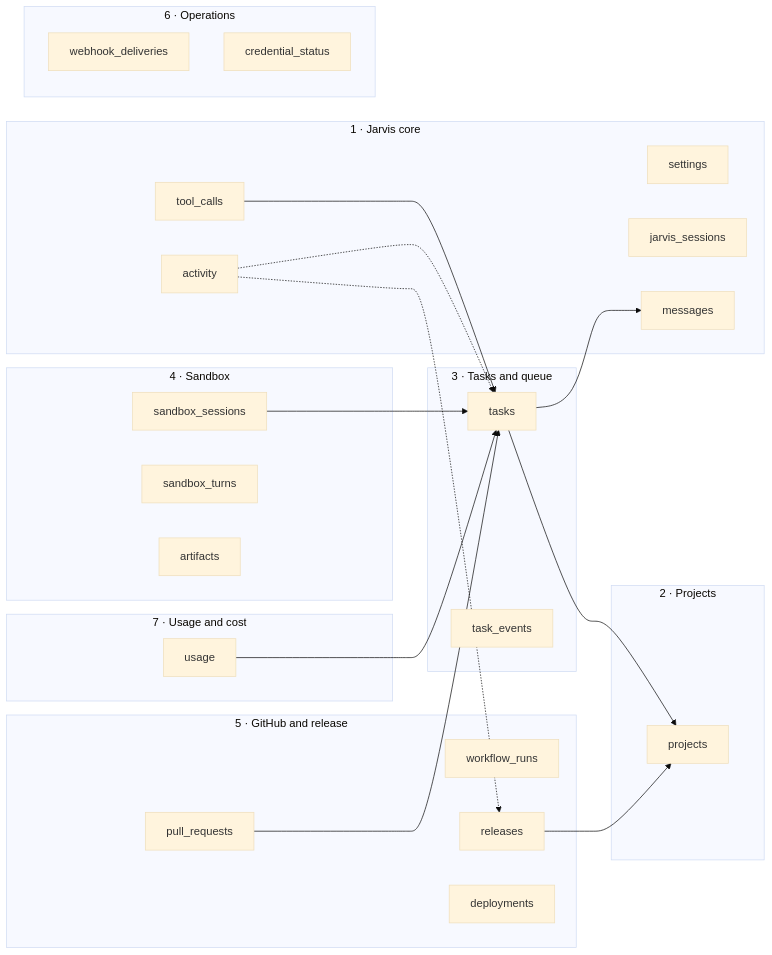
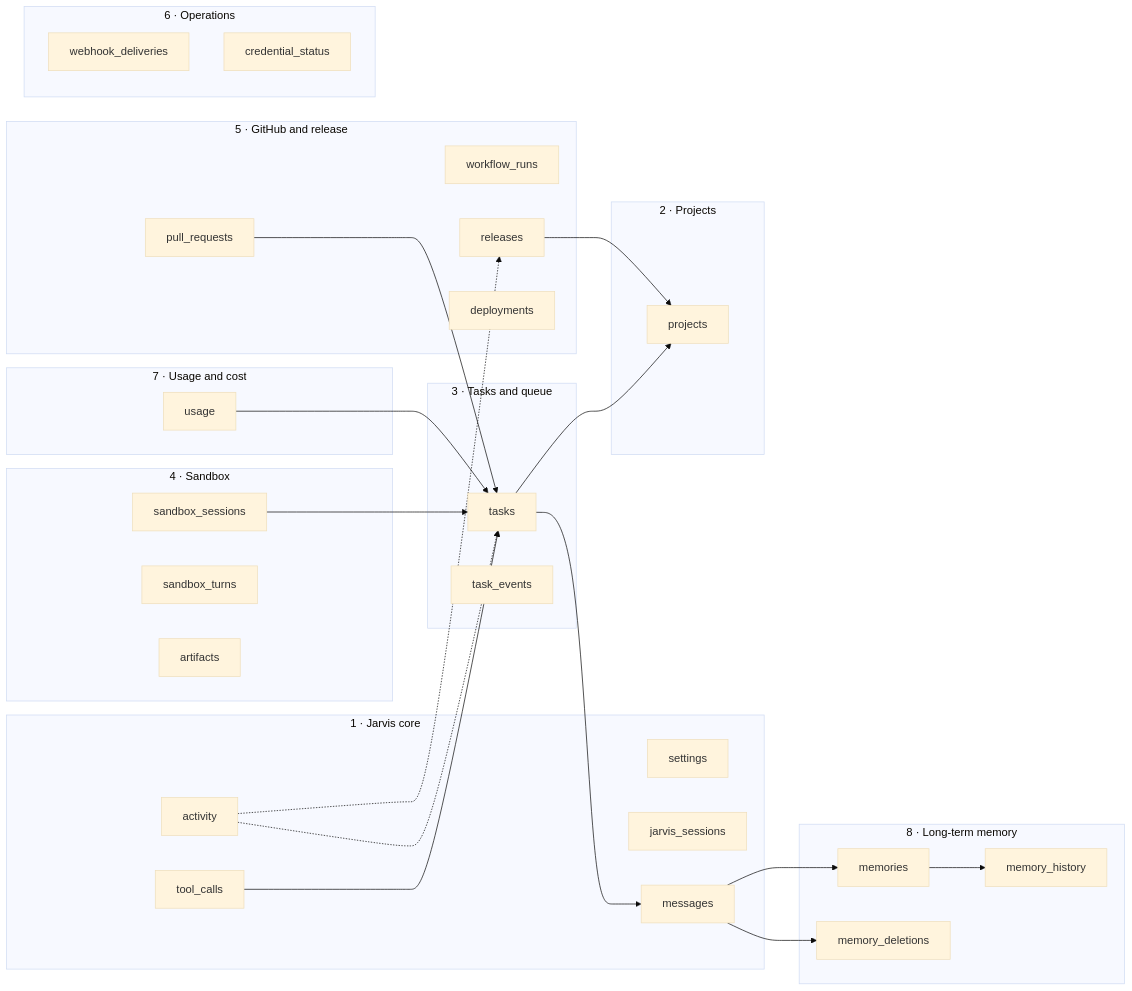
The first of 8 diagrams in docs/data-model.md (DanAakesen/jarvis), drawn with Mermaid (base theme) before and after one commit. The commit also changed other lines of this file and 32 other files, not shown here.

````diff
--- a/docs/data-model.md
+++ b/docs/data-model.md
@@ -36,44 +42,52 @@
 ```mermaid
 flowchart LR
     subgraph CORE["1 · Jarvis core"]
         settings
         jarvis_sessions
         messages
         tool_calls
         activity
     end
     subgraph PROJ["2 · Projects"]
         projects
     end
     subgraph TASK["3 · Tasks and queue"]
         tasks
         task_events
     end
     subgraph SANDBOX["4 · Sandbox"]
         sandbox_sessions
         sandbox_turns
         artifacts
     end
     subgraph REL["5 · GitHub and release"]
         pull_requests
         workflow_runs
         releases
         deployments
     end
     subgraph USE["7 · Usage and cost"]
         usage
     end
+    subgraph MEMORY["8 · Long-term memory"]
+        memories
+        memory_history
+        memory_deletions
+    end
     subgraph OPS["6 · Operations"]
         webhook_deliveries
         credential_status
     end
     tool_calls --> tasks
     tasks --> projects
     sandbox_sessions --> tasks
     pull_requests --> tasks
     releases --> projects
     activity -.-> tasks
     activity -.-> releases
     usage --> tasks
     tasks --> messages
+    messages --> memories
+    memories --> memory_history
+    messages --> memory_deletions
 ```
````
